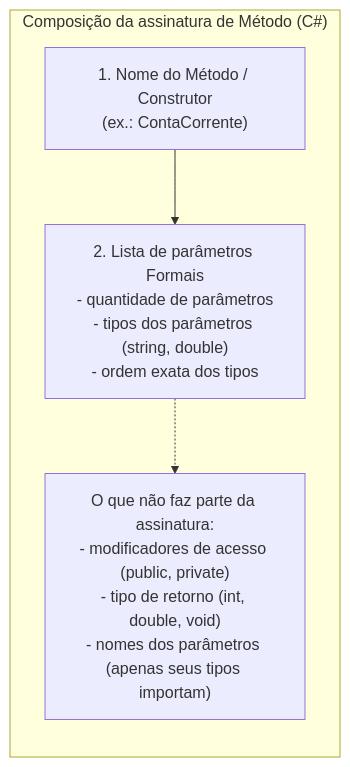
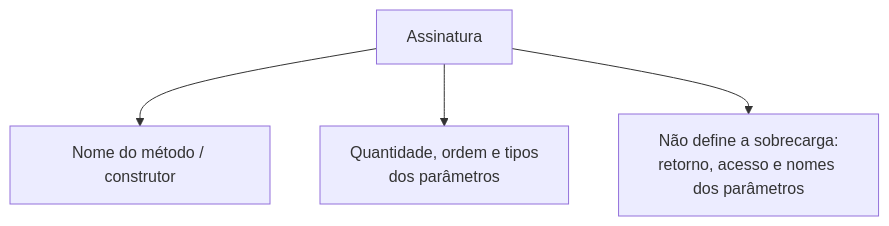
One commit to leorruas/puc changed the third of 5 diagrams in 01. Programacao Modular/08. Construtores (inicialização, sobrecarga e garantia de invariantes).md. Above: the diagram before and after it, drawn with Mermaid. The commit also changed other lines of this file, not shown here.

Commit message:
Normaliza Mermaid de construtores

````diff
--- a/01. Programacao Modular/08. Construtores (inicialização, sobrecarga e garantia de invariantes).md
+++ b/01. Programacao Modular/08. Construtores (inicialização, sobrecarga e garantia de invariantes).md
@@ -96,12 +87,11 @@
 ```mermaid
 flowchart TD
-    subgraph Assinatura ["Composição da assinatura de Método (C#)"]
-        direction TB
-        Nome["1. Nome do Método / Construtor<br>(ex.: ContaCorrente)"]
-        Params["2. Lista de parâmetros Formais<br>- quantidade de parâmetros<br>- tipos dos parâmetros (string, double)<br>- ordem exata dos tipos"]
-        Fora["O que não faz parte da assinatura:<br>- modificadores de acesso (public, private)<br>- tipo de retorno (int, double, void)<br>- nomes dos parâmetros (apenas seus tipos importam)"]
+    Assinatura["Assinatura"]:::core
+    Nome["Nome do método / construtor"]:::component
+    Parametros["Quantidade, ordem e tipos<br>dos parâmetros"]:::data
+    Fora["Não define a sobrecarga:<br>retorno, acesso e nomes dos parâmetros"]:::warning
 
-        Nome --> Params
-        Params -.-> Fora
-    end
+    Assinatura --> Nome
+    Assinatura --> Parametros
+    Assinatura --> Fora
 ```
````
